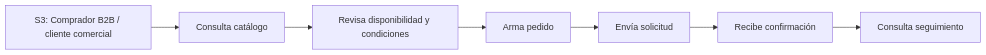
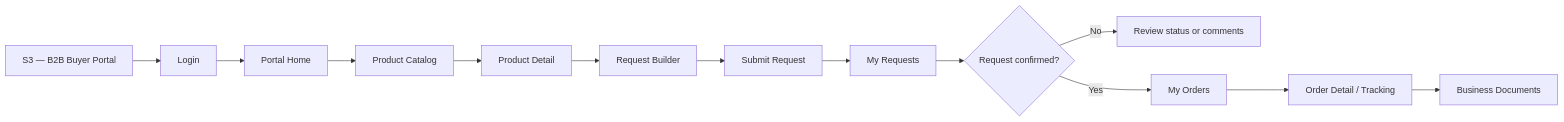
The diagram in report/40-chapter-4-product-design/4-4-web-applications-ux-ui-design.md (R0obxdnt-bit/nexa-report-main-copy), drawn with Mermaid before and after one commit. The commit also changed other lines of this file, not shown here.

````diff
--- a/report/40-chapter-4-product-design/4-4-web-applications-ux-ui-design.md
+++ b/report/40-chapter-4-product-design/4-4-web-applications-ux-ui-design.md
@@ -280,9 +299,15 @@
 ```mermaid
 flowchart LR
-    A["S3: Comprador B2B / cliente comercial"] --> B["Consulta catálogo"]
-    B --> C["Revisa disponibilidad y condiciones"]
-    C --> D["Arma pedido"]
-    D --> E["Envía solicitud"]
-    E --> F["Recibe confirmación"]
-    F --> G["Consulta seguimiento"]
+    A["S3 — B2B Buyer Portal"] --> B["Login"]
+    B --> C["Portal Home"]
+    C --> D["Product Catalog"]
+    D --> E["Product Detail"]
+    E --> F["Request Builder"]
+    F --> G["Submit Request"]
+    G --> H["My Requests"]
+    H --> I{"Request confirmed?"}
+    I -->|"No"| J["Review status or comments"]
+    I -->|"Yes"| K["My Orders"]
+    K --> L["Order Detail / Tracking"]
+    L --> M["Business Documents"]
 ```
````
